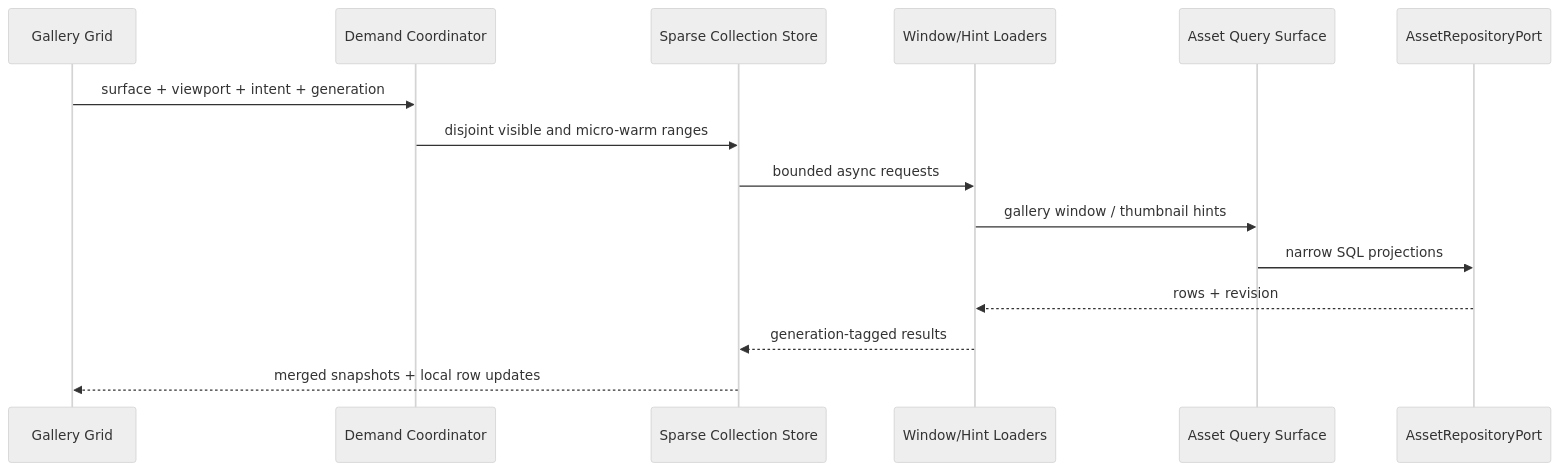
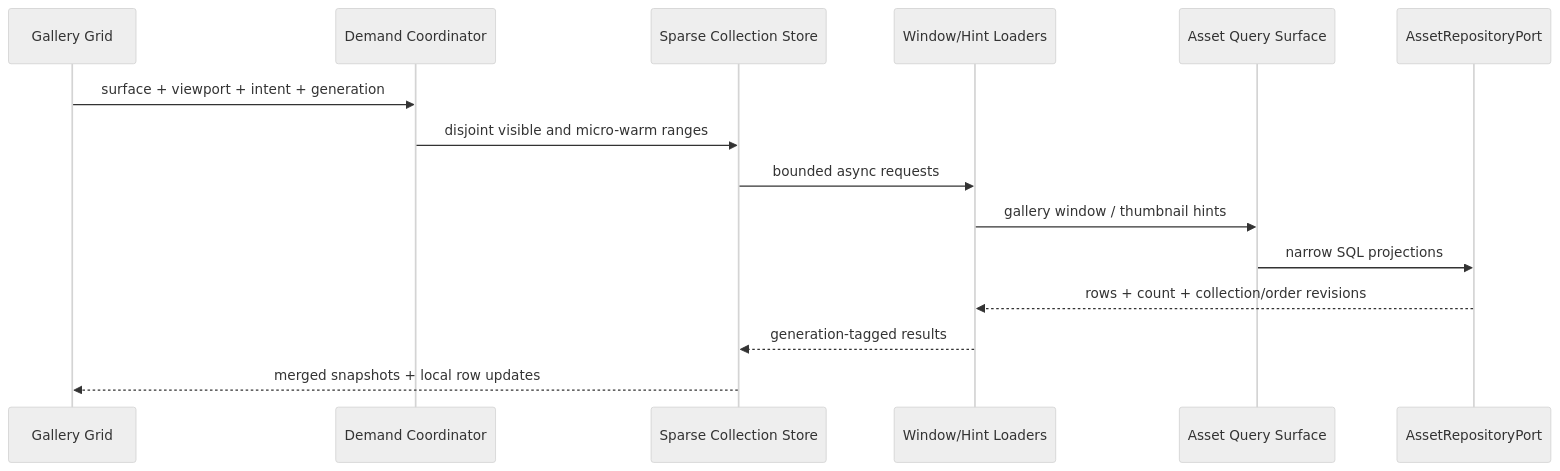
Before and after one commit to OliverZhaohaibin/iPhotron-LocalPhotoAlbumManager: the third of 7 diagrams in docs/architecture.md, drawn with Mermaid (neutral theme). The commit also changed other lines of this file and 19 other files, not shown here.

````diff
--- a/docs/architecture.md
+++ b/docs/architecture.md
@@ -688,18 +694,18 @@
 ```mermaid
 sequenceDiagram
     participant Grid as Gallery Grid
     participant Demand as Demand Coordinator
     participant Store as Sparse Collection Store
     participant Loader as Window/Hint Loaders
     participant Query as Asset Query Surface
     participant Repo as AssetRepositoryPort
 
     Grid->>Demand: surface + viewport + intent + generation
     Demand->>Store: disjoint visible and micro-warm ranges
     Store->>Loader: bounded async requests
     Loader->>Query: gallery window / thumbnail hints
     Query->>Repo: narrow SQL projections
-    Repo-->>Loader: rows + revision
+    Repo-->>Loader: rows + count + collection/order revisions
     Loader-->>Store: generation-tagged results
     Store-->>Grid: merged snapshots + local row updates
 ```
````
